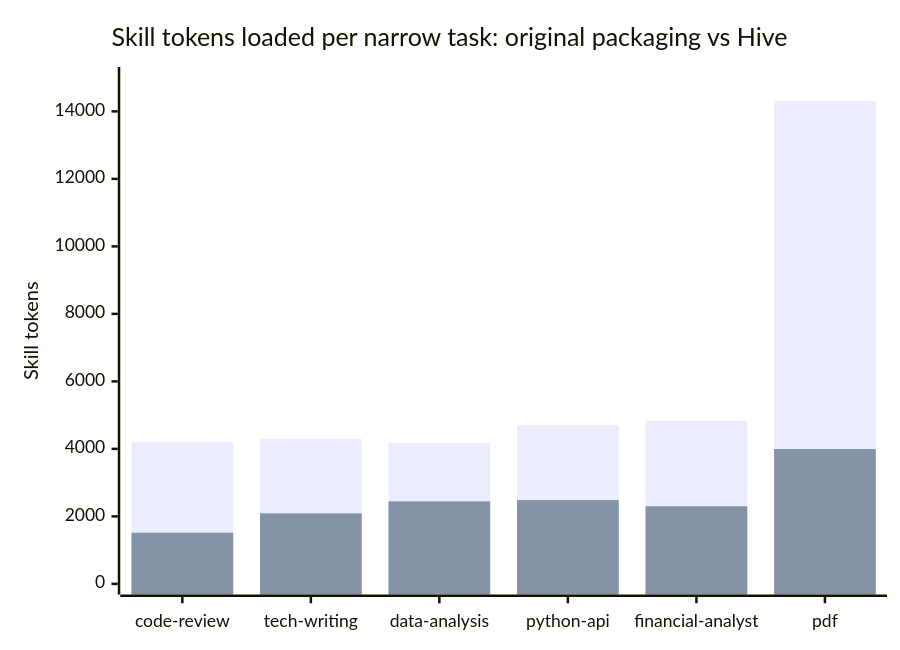
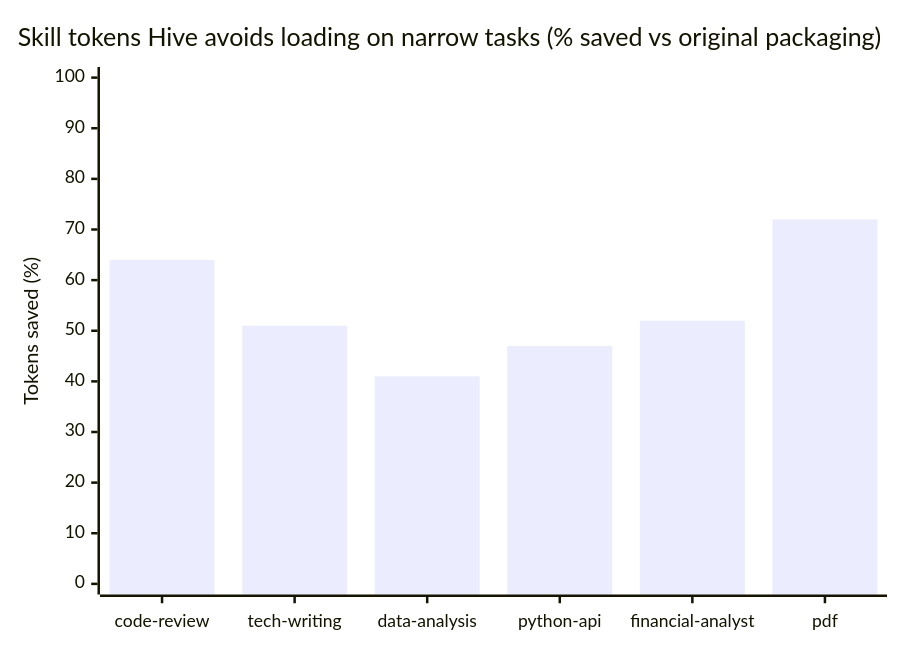
Before and after one commit to sherifkozman/hive: the second of 2 diagrams in README.md, drawn with Mermaid. The commit also changed other lines of this file and 1 other file, not shown here.

Commit message:
Token-savings chart: single-series percent-saved bars with absolute-numbers table

````diff
--- a/README.md
+++ b/README.md
@@ -114,8 +114,7 @@
 ```mermaid
 xychart-beta
-    title "Skill tokens loaded per narrow task: original packaging vs Hive"
+    title "Skill tokens Hive avoids loading on narrow tasks (% saved vs original packaging)"
     x-axis ["code-review", "tech-writing", "data-analysis", "python-api", "financial-analyst", "pdf"]
-    y-axis "Skill tokens" 0 --> 15000
-    bar [4197, 4298, 4176, 4702, 4833, 14309]
-    bar [1516, 2090, 2444, 2483, 2299, 3995]
+    y-axis "Tokens saved (%)" 0 --> 100
+    bar [64, 51, 41, 47, 52, 72]
 ```
````
